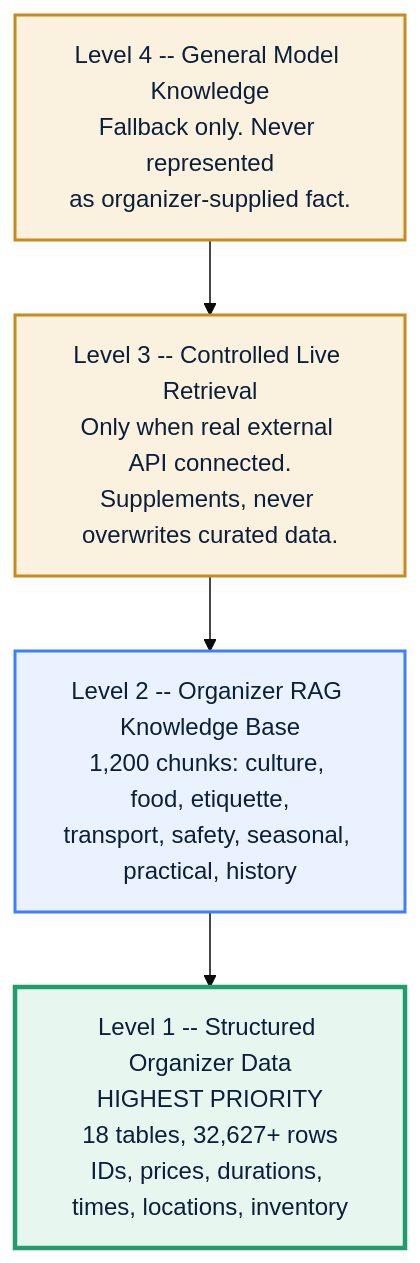
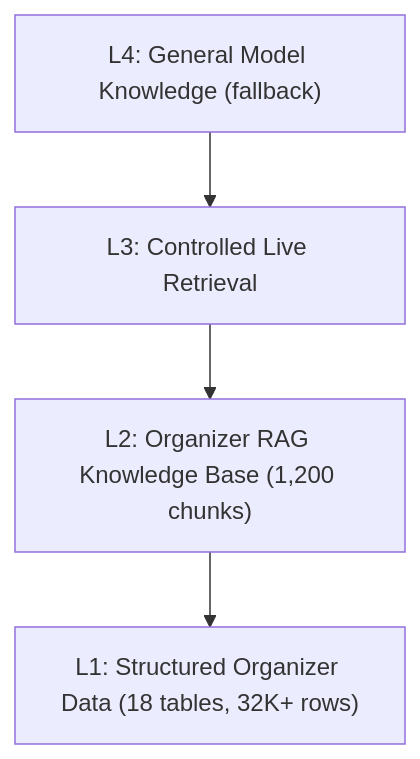
The fourth of 7 diagrams in README.md (sharancode3/SmartTrip-AI-Basic-design-Prototype), drawn with Mermaid before and after one commit. The commit also changed other lines of this file, not shown here.

First line of the commit message:
Slim down Mermaid diagrams: black-white, compact labels

````diff
--- a/README.md
+++ b/README.md
@@ -273,16 +199,6 @@
 ```mermaid
-%%{init: {'theme': 'base', 'themeVariables': {'primaryColor': '#E7F7EF', 'primaryBorderColor': '#1F9D6B'}}}%%
-
 flowchart TB
-    L4["Level 4 -- General Model Knowledge<br/>Fallback only. Never represented<br/>as organizer-supplied fact."]
-    L3["Level 3 -- Controlled Live Retrieval<br/>Only when real external API connected.<br/>Supplements, never overwrites curated data."]
-    L2["Level 2 -- Organizer RAG Knowledge Base<br/>1,200 chunks: culture, food, etiquette,<br/>transport, safety, seasonal, practical, history"]
-    L1["Level 1 -- Structured Organizer Data<br/>HIGHEST PRIORITY<br/>18 tables, 32,627+ rows<br/>IDs, prices, durations, times, locations, inventory"]
-
-    L4 --> L3 --> L2 --> L1
-
-    style L4 fill:#FBF1DF,stroke:#C98A1E,stroke-width:2px,color:#0B1F3A
-    style L3 fill:#FBF1DF,stroke:#C98A1E,stroke-width:2px,color:#0B1F3A
-    style L2 fill:#EAF2FF,stroke:#3D7DFF,stroke-width:2px,color:#0B1F3A
-    style L1 fill:#E7F7EF,stroke:#1F9D6B,stroke-width:3px,color:#0B1F3A
+    L4["L4: General Model Knowledge (fallback)"] --> L3["L3: Controlled Live Retrieval"]
+    L3 --> L2["L2: Organizer RAG Knowledge Base (1,200 chunks)"]
+    L2 --> L1["L1: Structured Organizer Data (18 tables, 32K+ rows)"]
 ```
````
